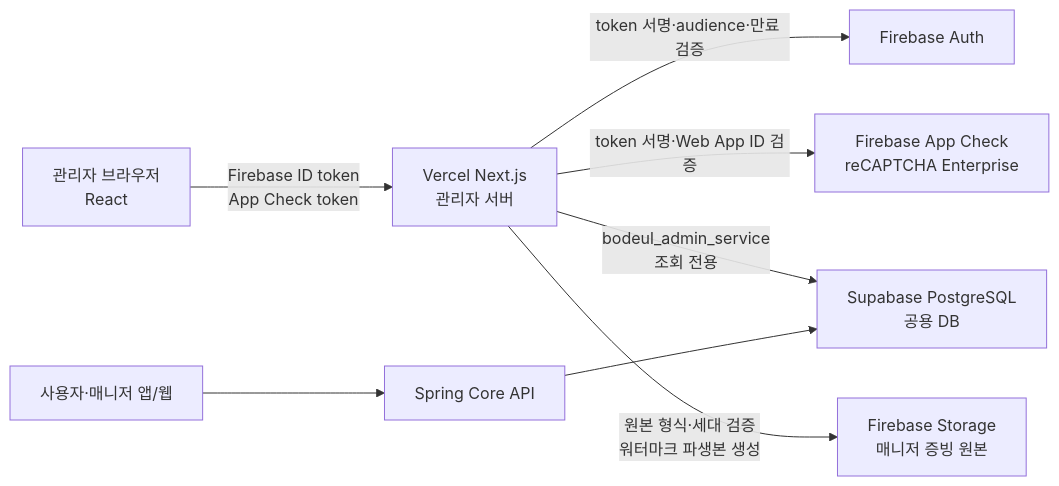
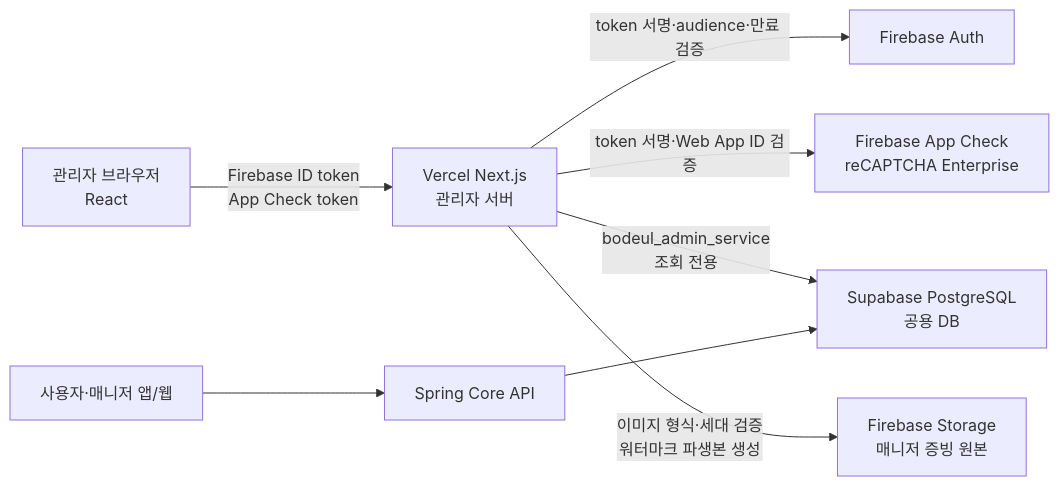
One commit to bodeul110/bodeul-admin-web changed the diagram in README.md. Above: the diagram before and after it, drawn with Mermaid. The commit also changed other lines of this file and 20 other files, not shown here.

````diff
--- a/README.md
+++ b/README.md
@@ -14,10 +14,10 @@
 ```mermaid
 flowchart LR
     Browser["관리자 브라우저\nReact"] -->|"Firebase ID token\nApp Check token"| Next["Vercel Next.js\n관리자 서버"]
     Next -->|"token 서명·audience·만료 검증"| Auth["Firebase Auth"]
     Next -->|"token 서명·Web App ID 검증"| AppCheck["Firebase App Check\nreCAPTCHA Enterprise"]
     Next -->|"bodeul_admin_service\n조회 전용"| DB["Supabase PostgreSQL\n공용 DB"]
-    Next -->|"원본 형식·세대 검증\n워터마크 파생본 생성"| Storage["Firebase Storage\n매니저 증빙 원본"]
+    Next -->|"이미지 형식·세대 검증\n워터마크 파생본 생성"| Storage["Firebase Storage\n매니저 증빙 원본"]
     App["사용자·매니저 앱/웹"] --> Core["Spring Core API"]
     Core --> DB
 ```
````
